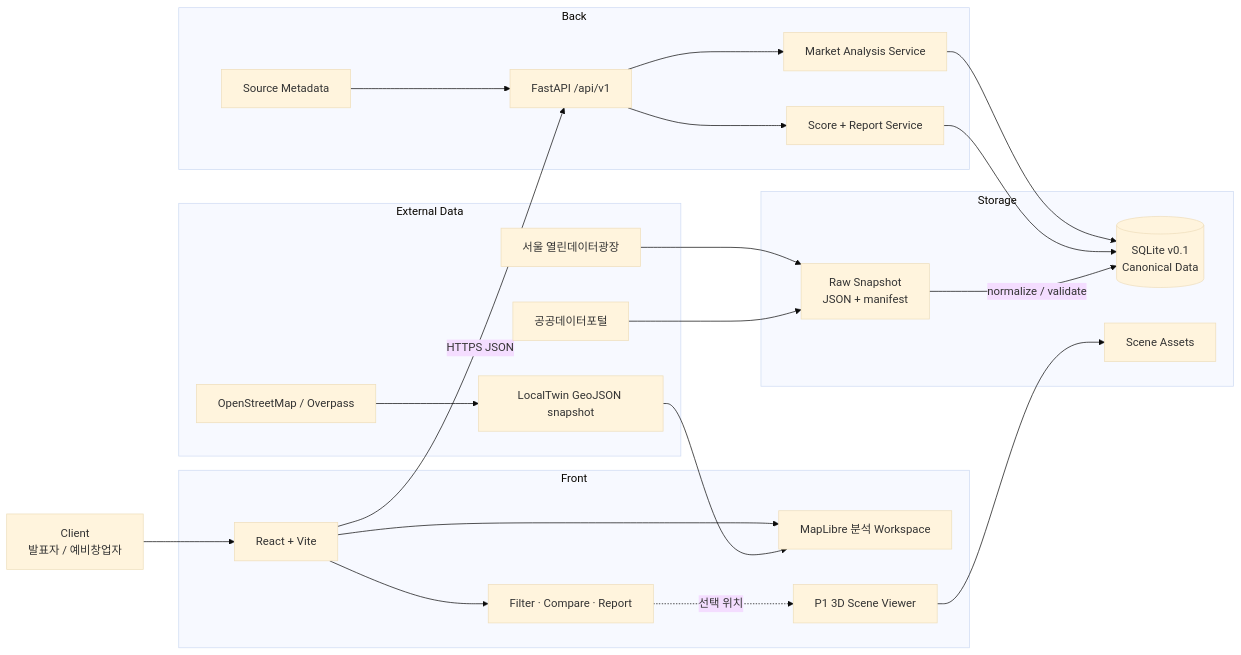
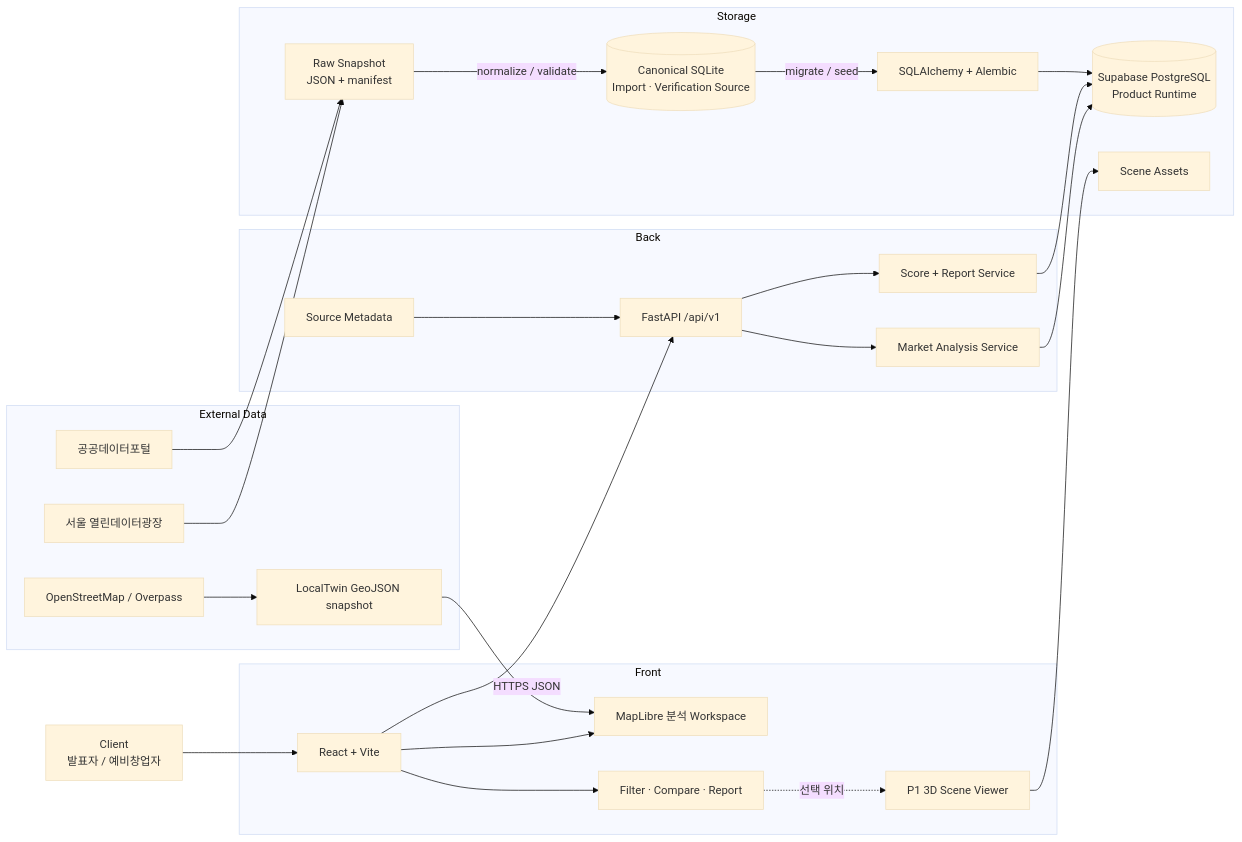
Before and after one commit to Mureung1/hub-showcase: the second of 2 diagrams in docs/development/architecture.md, drawn with Mermaid (base theme). The commit also changed other lines of this file and 7 other files, not shown here.

First line of the commit message:
docs(architecture): define phase 2 service target

````diff
--- a/docs/development/architecture.md
+++ b/docs/development/architecture.md
@@ -70,48 +71,51 @@
 ```mermaid
 flowchart LR
   user["Client\n발표자 / 예비창업자"]
 
   subgraph front["Front"]
     web["React + Vite"]
     workspace["MapLibre 분석 Workspace"]
     panels["Filter · Compare · Report"]
     scene["P1 3D Scene Viewer"]
   end
 
 
   subgraph back["Back"]
     api["FastAPI /api/v1"]
     market["Market Analysis Service"]
     score["Score + Report Service"]
     evidence["Source Metadata"]
   end
 
   subgraph storage["Storage"]
-    db[("SQLite v0.1\nCanonical Data")]
+    db[("Supabase PostgreSQL\nProduct Runtime")]
+    canonical[("Canonical SQLite\nImport · Verification Source")]
+    migrations["SQLAlchemy + Alembic"]
     raw["Raw Snapshot\nJSON + manifest"]
     assets["Scene Assets"]
   end
 
   subgraph providers["External Data"]
     seoul["서울 열린데이터광장"]
     public["공공데이터포털"]
     osm["OpenStreetMap / Overpass"]
     mapSnapshot["LocalTwin GeoJSON snapshot"]
   end
 
   user --> web
   web --> workspace
   web --> panels
   osm --> mapSnapshot --> workspace
   web -->|"HTTPS JSON"| api
   api --> market
   api --> score
   market --> db
   score --> db
   evidence --> api
   seoul --> raw
   public --> raw
-  raw -->|"normalize / validate"| db
+  raw -->|"normalize / validate"| canonical
+  canonical -->|"migrate / seed"| migrations --> db
   scene --> assets
   panels -. "선택 위치" .-> scene
 ```
````
